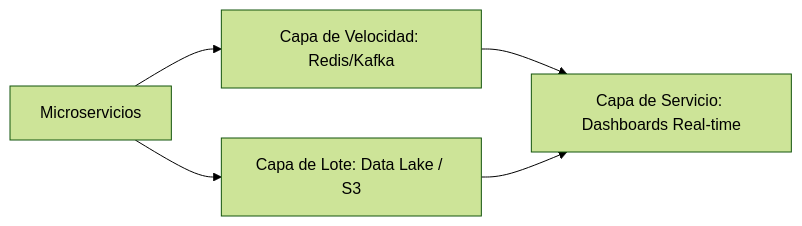
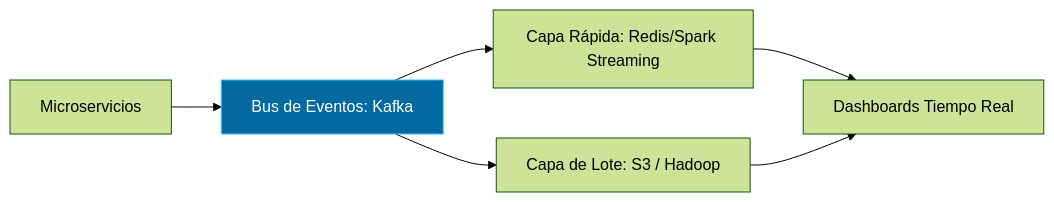
One commit to HecAguilaV/SIGA changed the second of 2 diagrams in docs/technical-room/es/05-PHYSICAL-VIEW.mdx. Above: the diagram before and after it, drawn with Mermaid (forest theme). The commit also changed other lines of this file and 11 other files, not shown here.

Commit message:
docs: arquitectura técnica 4+1 bilingüe final - alto contraste y accesibilidad / final 4+1 bilingual technical architecture - high contrast and accessibility

````diff
--- a/docs/technical-room/es/05-PHYSICAL-VIEW.mdx
+++ b/docs/technical-room/es/05-PHYSICAL-VIEW.mdx
@@ -42,8 +46,11 @@
 ```mermaid
 graph LR
-    Source[Microservicios] --> Speed[Capa de Velocidad: Redis/Kafka]
-    Source --> Batch[Capa de Lote: Data Lake / S3]
+    Source[Microservicios] --> Kafka[Bus de Eventos: Kafka]
+    Kafka --> Speed[Capa Rápida: Redis/Spark Streaming]
+    Kafka --> Batch[Capa de Lote: S3 / Hadoop]
     
-    Speed --> Serving[Capa de Servicio: Dashboards Real-time]
-    Batch --> Serving
+    Speed --> UI[Dashboards Tiempo Real]
+    Batch --> UI
+
+    style Kafka fill:#0369a1,stroke:#38bdf8,color:#fff
 ```
````
